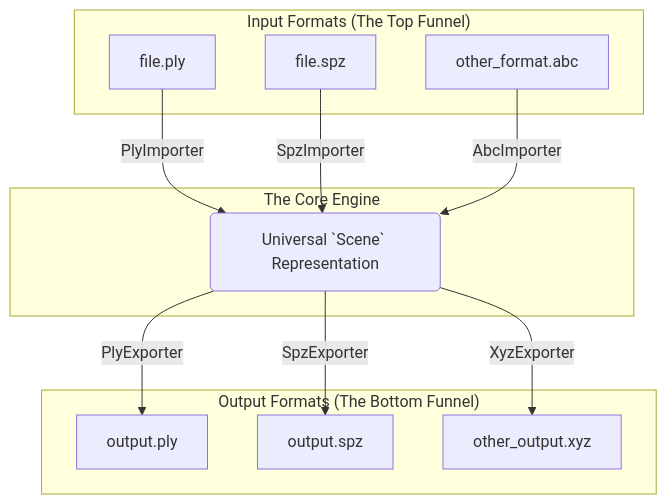
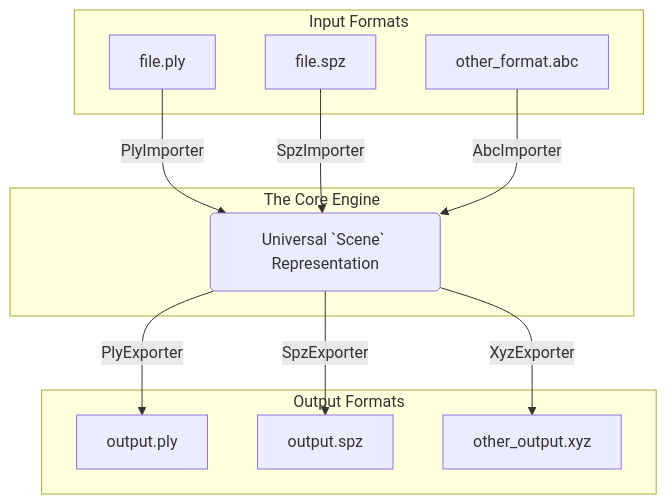
One commit to Splattr-app/gaussian-converter changed the diagram in converter_core/README.md. Above: the diagram before and after it, drawn with Mermaid.

````diff
--- a/converter_core/README.md
+++ b/converter_core/README.md
@@ -10,25 +10,25 @@
 ```mermaid
 flowchart TD
-    subgraph "Input Formats (The Top Funnel)"
+    subgraph "Input Formats"
         A1[file.ply]
         A2[file.spz]
         A3[other_format.abc]
     end
 
     subgraph "The Core Engine"
         B(Universal `Scene` Representation)
     end
 
-    subgraph "Output Formats (The Bottom Funnel)"
+    subgraph "Output Formats"
         C1[output.ply]
         C2[output.spz]
         C3[other_output.xyz]
     end
 
     A1 -->|PlyImporter| B
     A2 -->|SpzImporter| B
     A3 -->|AbcImporter| B
     B -->|PlyExporter| C1
     B -->|SpzExporter| C2
     B -->|XyzExporter| C3
 ```
````
